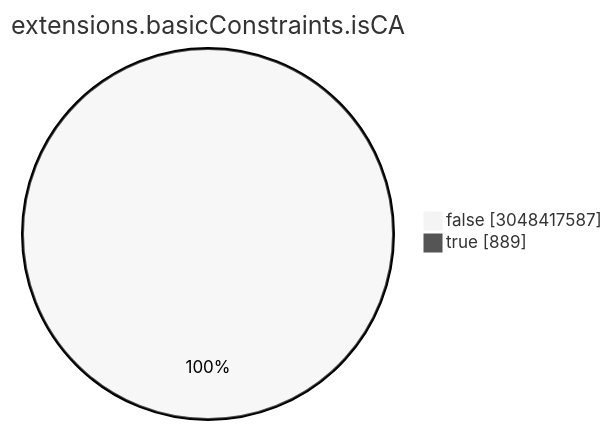
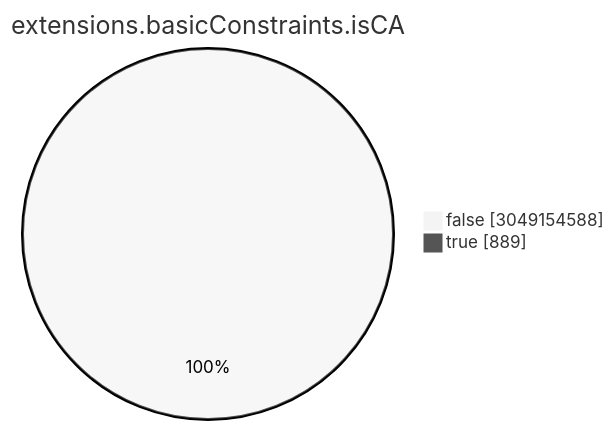
Before and after one commit to christiankrug/ctmonitor_visualization: the seventh of 15 diagrams in TOTAL/README.md, drawn with Mermaid (neutral theme). The commit also changed other lines of this file, not shown here.

````diff
--- a/TOTAL/README.md
+++ b/TOTAL/README.md
@@ -3088,6 +3088,6 @@
 ```mermaid
 pie showData
 title extensions.basicConstraints.isCA
-"false" :3048417587
+"false" :3049154588
 "true" :889
 ```
````
